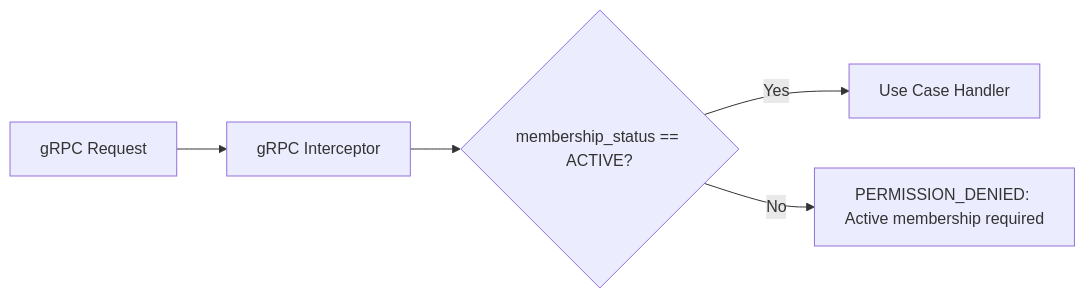
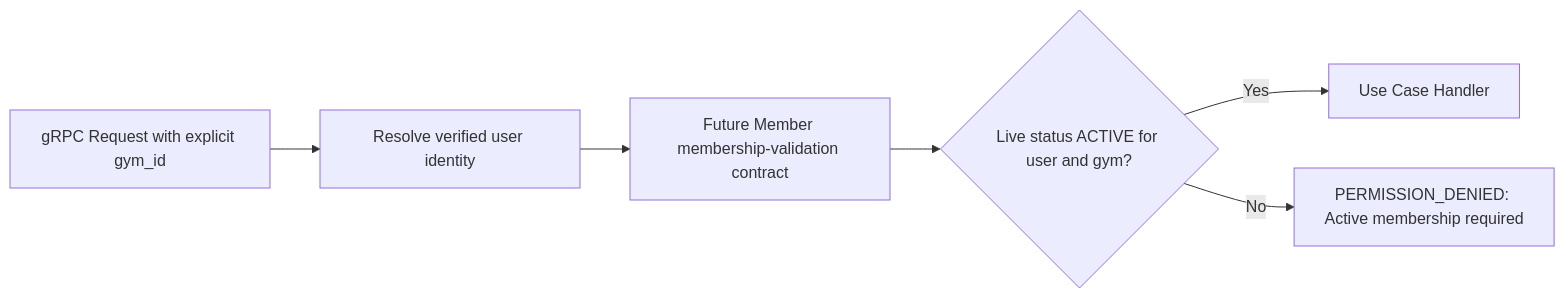
Before and after one commit to pploc/gym-architect: the diagram in services/04-ms-gym-workout.md, drawn with Mermaid. The commit also changed other lines of this file and 23 other files, not shown here.

````diff
--- a/services/04-ms-gym-workout.md
+++ b/services/04-ms-gym-workout.md
@@ -17,7 +17,8 @@
 ```mermaid
 graph LR
-    REQ[gRPC Request] --> INT[gRPC Interceptor]
-    INT --> CHECK{membership_status == ACTIVE?}
+    REQ[gRPC Request with explicit gym_id] --> AUTH[Resolve verified user identity]
+    AUTH --> MEMBER[Future Member membership-validation contract]
+    MEMBER --> CHECK{Live status ACTIVE for user and gym?}
     CHECK -->|Yes| HANDLER[Use Case Handler]
     CHECK -->|No| DENY[PERMISSION_DENIED: Active membership required]
 ```
````
